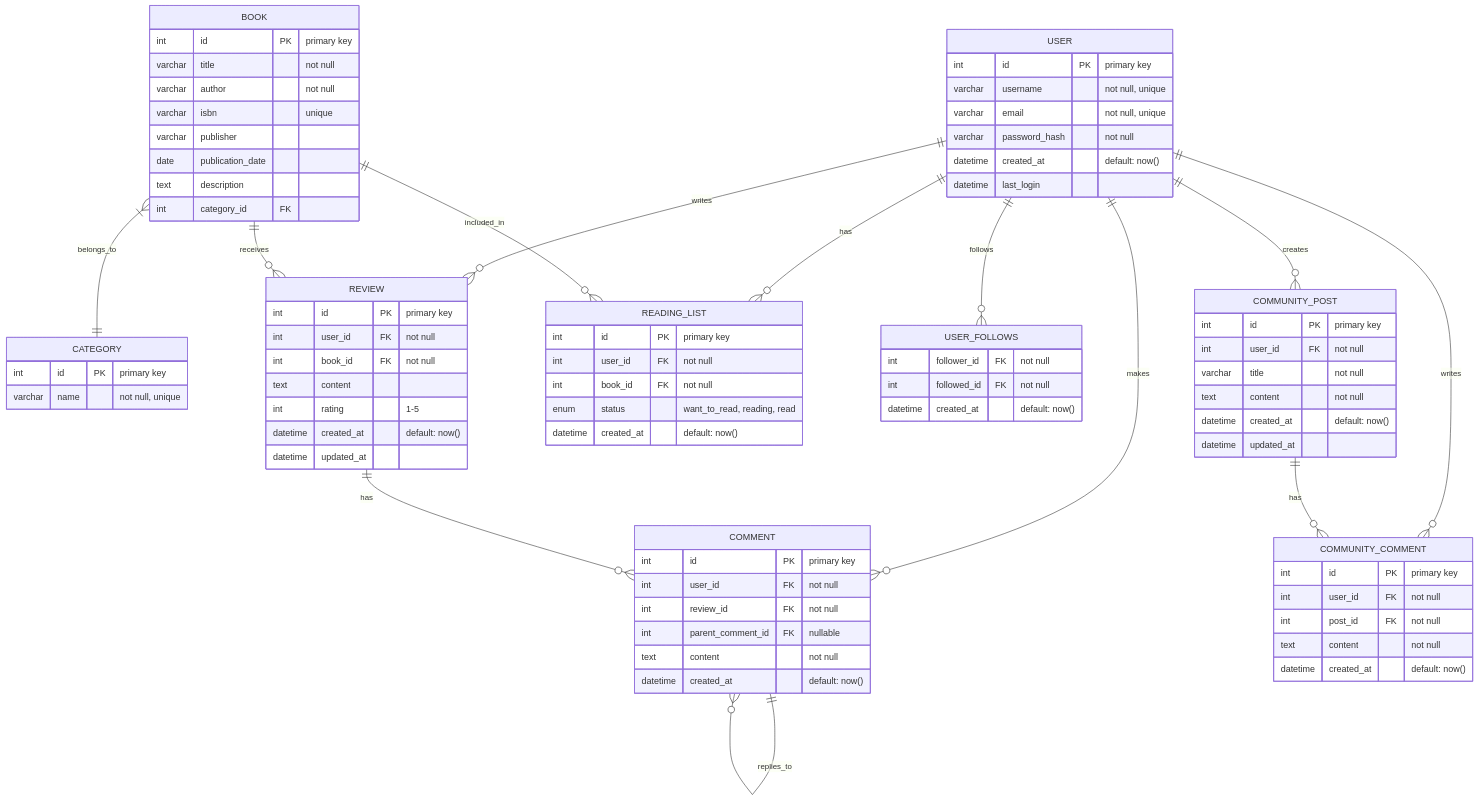
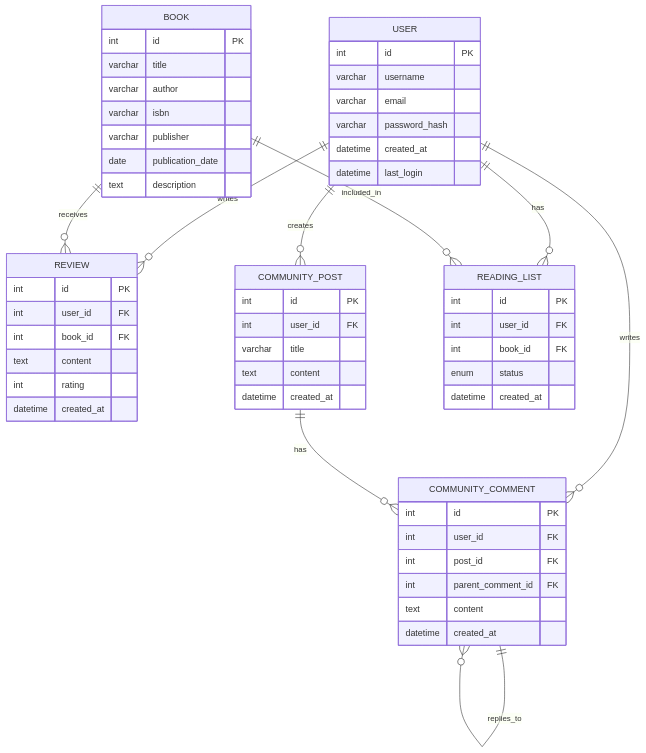
The second of 2 diagrams in README.md (helloghostt/Front_MiniPj_Library), drawn with Mermaid before and after one commit. The commit also changed other lines of this file and 47 other files, not shown here.

````diff
--- a/README.md
+++ b/README.md
@@ -62,90 +123,64 @@
 ```mermaid
 erDiagram
     USER {
-        int id PK "primary key"
-        varchar username "not null, unique"
-        varchar email "not null, unique"
-        varchar password_hash "not null"
-        datetime created_at "default: now()"
+        int id PK
+        varchar username
+        varchar email
+        varchar password_hash
+        datetime created_at
         datetime last_login
     }
 
     BOOK {
-        int id PK "primary key"
-        varchar title "not null"
-        varchar author "not null"
-        varchar isbn "unique"
+        int id PK
+        varchar title
+        varchar author
+        varchar isbn
         varchar publisher
         date publication_date
         text description
-        int category_id FK
-    }
-
-    CATEGORY {
-        int id PK "primary key"
-        varchar name "not null, unique"
     }
 
     REVIEW {
-        int id PK "primary key"
-        int user_id FK "not null"
-        int book_id FK "not null"
+        int id PK
+        int user_id FK
+        int book_id FK
         text content
-        int rating "1-5"
-        datetime created_at "default: now()"
-        datetime updated_at
+        int rating
+        datetime created_at
     }
 
-    COMMENT {
-        int id PK "primary key"
-        int user_id FK "not null"
-        int review_id FK "not null"
-        int parent_comment_id FK "nullable"
-        text content "not null"
-        datetime created_at "default: now()"
+    COMMUNITY_POST {
+        int id PK
+        int user_id FK
+        varchar title
+        text content
+        datetime created_at
+    }
+
+    COMMUNITY_COMMENT {
+        int id PK
+        int user_id FK
+        int post_id FK
+        int parent_comment_id FK
+        text content
+        datetime created_at
     }
 
     READING_LIST {
-        int id PK "primary key"
-        int user_id FK "not null"
-        int book_id FK "not null"
-        enum status "want_to_read, reading, read"
-        datetime created_at "default: now()"
-    }
-
-    USER_FOLLOWS {
-        int follower_id FK "not null"
-        int followed_id FK "not null"
-        datetime created_at "default: now()"
-    }
-
-    COMMUNITY_POST {
-        int id PK "primary key"
-        int user_id FK "not null"
-        varchar title "not null"
-        text content "not null"
-        datetime created_at "default: now()"
-        datetime updated_at
-    }
-
-    COMMUNITY_COMMENT {
-        int id PK "primary key"
-        int user_id FK "not null"
-        int post_id FK "not null"
-        text content "not null"
-        datetime created_at "default: now()"
+        int id PK
+        int user_id FK
+        int book_id FK
+        enum status
+        datetime created_at
     }
 
     USER ||--o{ REVIEW : writes
-    USER ||--o{ COMMENT : makes
-    USER ||--o{ READING_LIST : has
     USER ||--o{ COMMUNITY_POST : creates
     USER ||--o{ COMMUNITY_COMMENT : writes
-    USER ||--o{ USER_FOLLOWS : follows
+    USER ||--o{ READING_LIST : has
     BOOK ||--o{ REVIEW : receives
     BOOK ||--o{ READING_LIST : included_in
-    BOOK }|--|| CATEGORY : belongs_to
-    REVIEW ||--o{ COMMENT : has
     COMMUNITY_POST ||--o{ COMMUNITY_COMMENT : has
-    COMMENT ||--o{ COMMENT : replies_to
+    COMMUNITY_COMMENT ||--o{ COMMUNITY_COMMENT : replies_to
 ```
````
